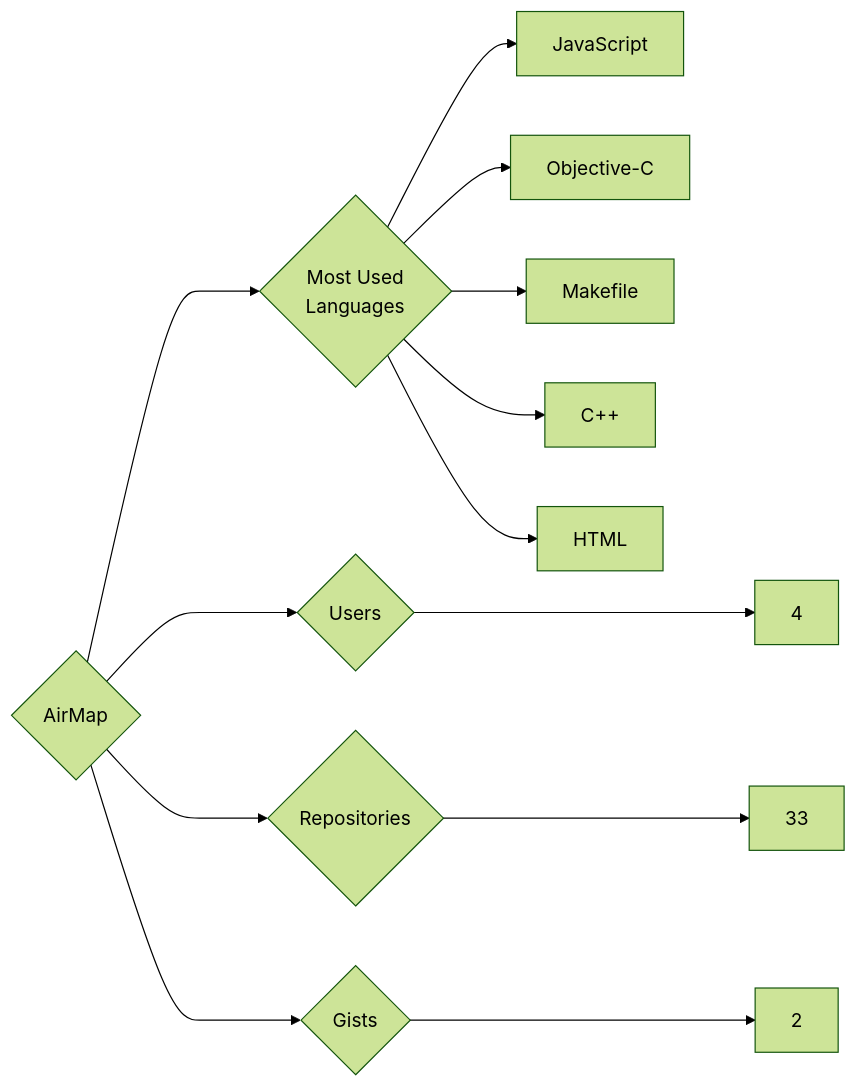
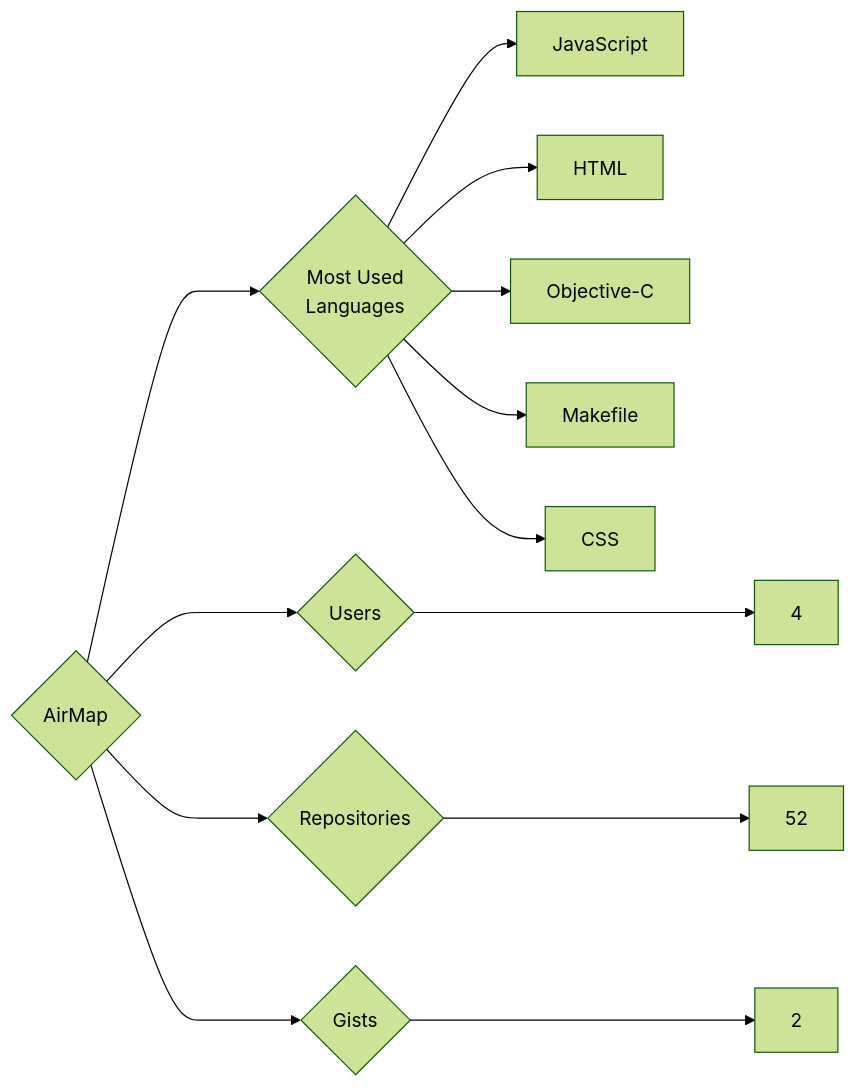
One commit to trickest/insiders changed the diagram in targets/AirMap/README.md. Above: the diagram before and after it, drawn with Mermaid (forest theme). The commit also changed 859 other files, not shown here.

````diff
--- a/targets/AirMap/README.md
+++ b/targets/AirMap/README.md
@@ -3,13 +3,13 @@
 ```mermaid
 graph LR
 COMPANY_NAME{AirMap}
 COMPANY_NAME ---> U{Users} ---> UN[4]
-COMPANY_NAME ---> R{Repositories} ---> RN[33]
+COMPANY_NAME ---> R{Repositories} ---> RN[52]
 COMPANY_NAME ---> G{Gists} ---> GN[2]
 COMPANY_NAME ---> ML{Most Used<br>Languages}
 ML --> JavaScript[JavaScript]
+ML --> HTML[HTML]
 ML --> Objective-C[Objective-C]
 ML --> Makefile[Makefile]
-ML --> C++[C++]
-ML --> HTML[HTML]
+ML --> CSS[CSS]
 ```
````
